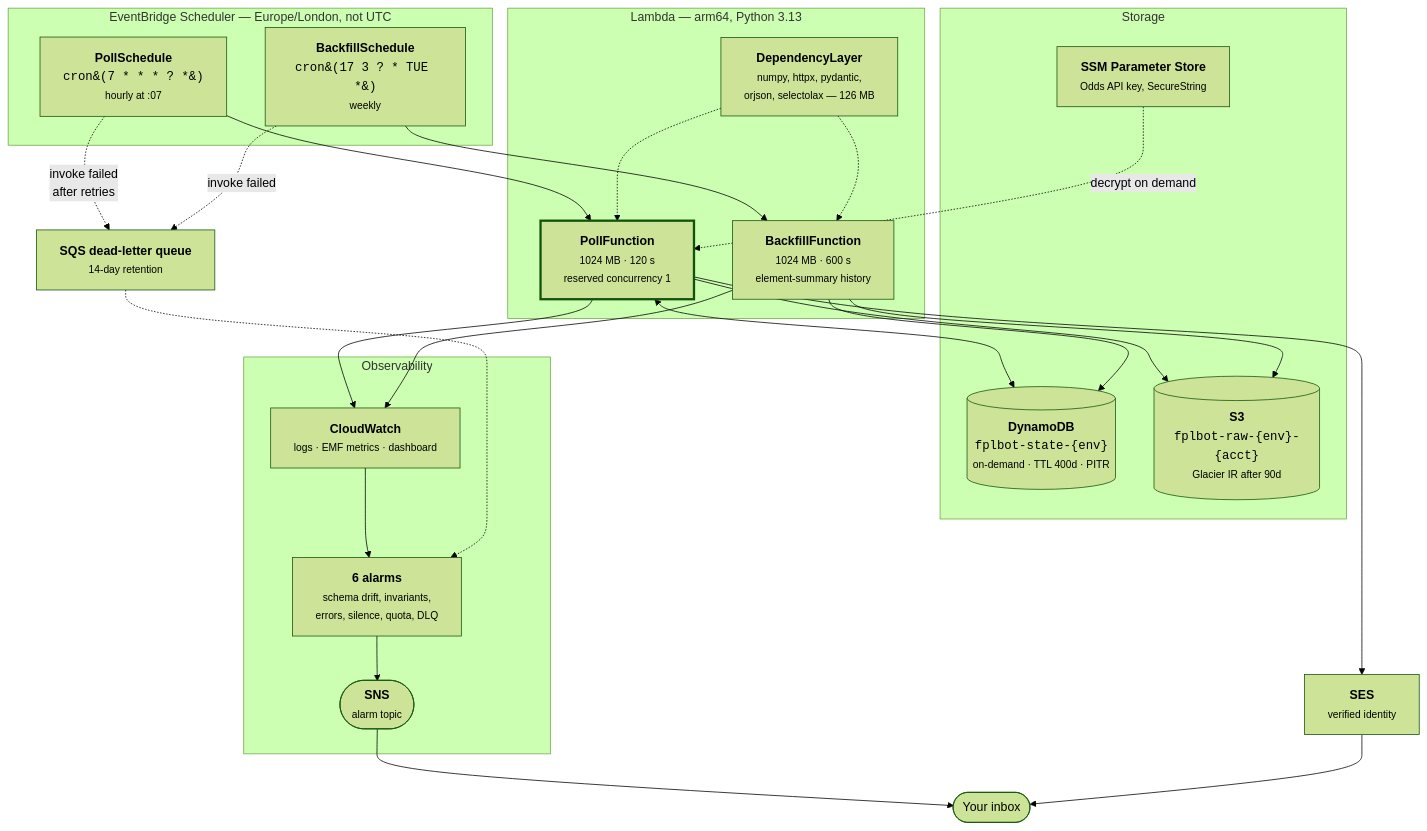
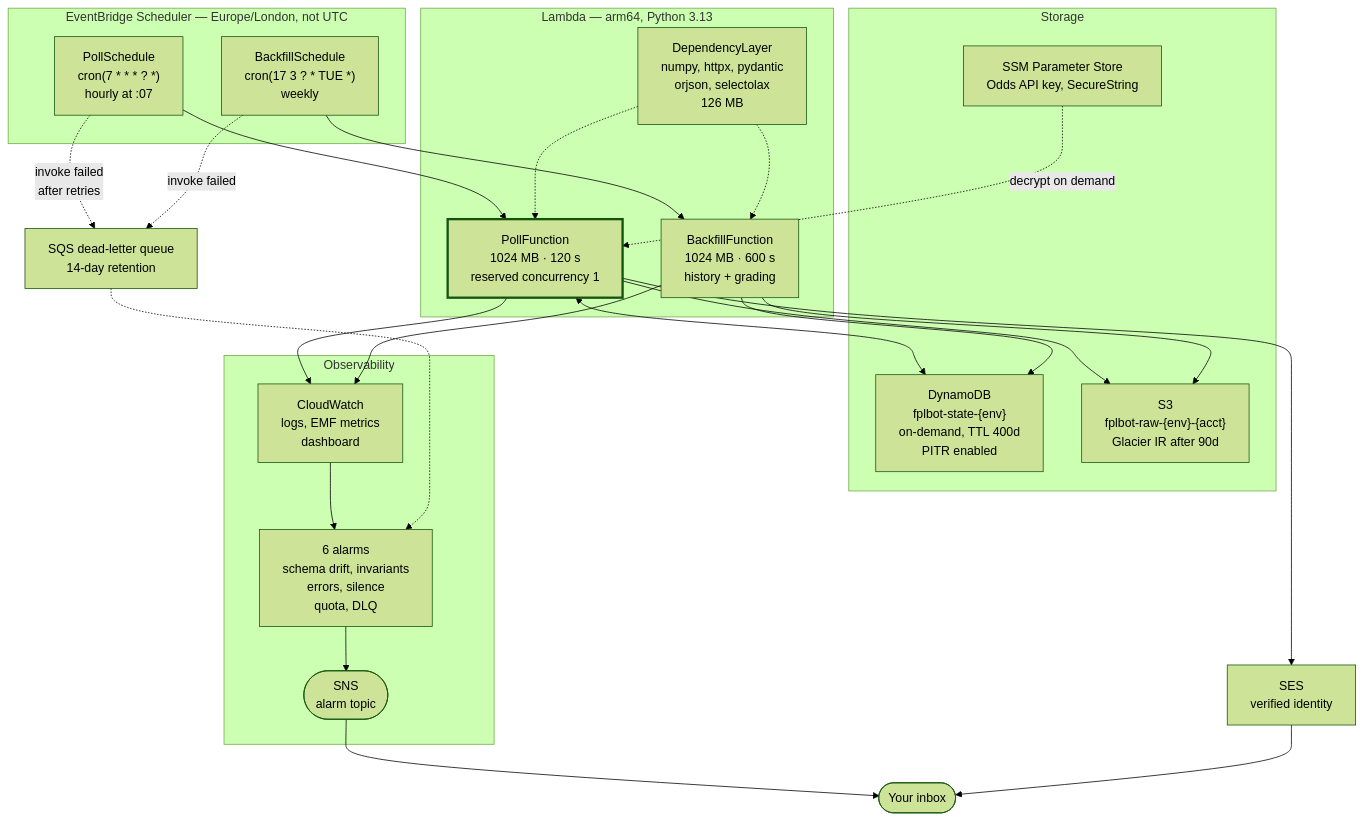
Before and after one commit to MasonGallagher/FplBot: the sixth of 12 diagrams in docs/DIAGRAMS.md, drawn with Mermaid (forest theme). The commit also changed other lines of this file and 1 other file, not shown here.

````diff
--- a/docs/DIAGRAMS.md
+++ b/docs/DIAGRAMS.md
@@ -178,49 +188,49 @@
 ```mermaid
 flowchart TB
     subgraph sched["EventBridge Scheduler — Europe/London, not UTC"]
-        S1["<b>PollSchedule</b><br/><code>cron&#40;7 * * * ? *&#41;</code><br/><small>hourly at :07</small>"]
-        S2["<b>BackfillSchedule</b><br/><code>cron&#40;17 3 ? * TUE *&#41;</code><br/><small>weekly</small>"]
+        S1["PollSchedule<br/>cron(7 * * * ? *)<br/>hourly at :07"]
+        S2["BackfillSchedule<br/>cron(17 3 ? * TUE *)<br/>weekly"]
     end
 
     subgraph compute["Lambda — arm64, Python 3.13"]
-        F1["<b>PollFunction</b><br/><small>1024 MB · 120 s<br/>reserved concurrency 1</small>"]
-        F2["<b>BackfillFunction</b><br/><small>1024 MB · 600 s<br/>element-summary history</small>"]
-        LAYER["<b>DependencyLayer</b><br/><small>numpy, httpx, pydantic,<br/>orjson, selectolax — 126 MB</small>"]
+        F1["PollFunction<br/>1024 MB · 120 s<br/>reserved concurrency 1"]
+        F2["BackfillFunction<br/>1024 MB · 600 s<br/>history + grading"]
+        LAYER["DependencyLayer<br/>numpy, httpx, pydantic<br/>orjson, selectolax<br/>126 MB"]
     end
 
     subgraph data["Storage"]
-        DDB[("<b>DynamoDB</b><br/><code>fplbot-state-{env}</code><br/><small>on-demand · TTL 400d · PITR</small>")]
-        S3B[("<b>S3</b><br/><code>fplbot-raw-{env}-{acct}</code><br/><small>Glacier IR after 90d</small>")]
-        SSM["<b>SSM Parameter Store</b><br/><small>Odds API key, SecureString</small>"]
+        DDB["DynamoDB<br/>fplbot-state-{env}<br/>on-demand, TTL 400d<br/>PITR enabled"]
+        S3B["S3<br/>fplbot-raw-{env}-{acct}<br/>Glacier IR after 90d"]
+        SSM["SSM Parameter Store<br/>Odds API key, SecureString"]
     end
 
     subgraph obs["Observability"]
-        CW["<b>CloudWatch</b><br/><small>logs · EMF metrics · dashboard</small>"]
-        ALARMS["<b>6 alarms</b><br/><small>schema drift, invariants,<br/>errors, silence, quota, DLQ</small>"]
-        SNS(["<b>SNS</b><br/><small>alarm topic</small>"])
+        CW["CloudWatch<br/>logs, EMF metrics<br/>dashboard"]
+        ALARMS["6 alarms<br/>schema drift, invariants<br/>errors, silence<br/>quota, DLQ"]
+        SNS(["SNS<br/>alarm topic"])
     end
 
-    DLQ["<b>SQS dead-letter queue</b><br/><small>14-day retention</small>"]
-    SES["<b>SES</b><br/><small>verified identity</small>"]
+    DLQ["SQS dead-letter queue<br/>14-day retention"]
+    SES["SES<br/>verified identity"]
     INBOX(["Your inbox"])
 
     S1 --> F1
     S2 --> F2
     S1 -. "invoke failed<br/>after retries" .-> DLQ
     S2 -. "invoke failed" .-> DLQ
     LAYER -.-> F1
     LAYER -.-> F2
     F1 <--> DDB
     F2 --> DDB
     F1 --> S3B
     F2 --> S3B
     SSM -.->|"decrypt on demand"| F1
     F1 --> CW
     F2 --> CW
     CW --> ALARMS --> SNS --> INBOX
     DLQ -.-> ALARMS
     F1 --> SES --> INBOX
 
     classDef emphasis stroke-width:3px
     class F1 emphasis
 ```
````
